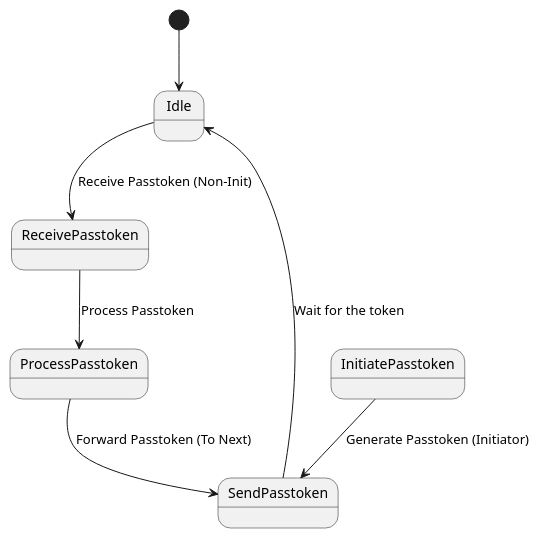
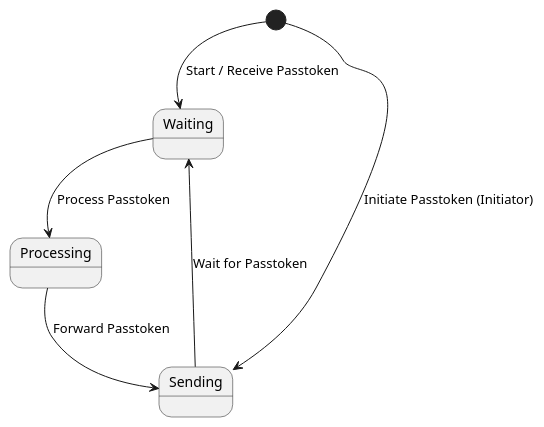
Before and after one commit to beom529/notes: the first of 2 diagrams in Class/CS7610/Lab2 Plant UML.md, drawn with PlantUML.

Commit message:
vault backup: 2024-10-10 21:06:53

```diff
--- a/Class/CS7610/Lab2 Plant UML.md
+++ b/Class/CS7610/Lab2 Plant UML.md
@@ -2,11 +2,10 @@
 @startuml
-[*] --> Idle
+[*] --> Waiting : Start / Receive Passtoken
 
-InitiatePasstoken --> SendPasstoken : Generate Passtoken (Initiator)
+Waiting --> Processing : Process Passtoken
+Processing --> Sending : Forward Passtoken
+Sending --> Waiting : Wait for Passtoken
 
+[*] --> Sending : Initiate Passtoken (Initiator)
 
-Idle --> ReceivePasstoken : Receive Passtoken (Non-Init)
-ReceivePasstoken --> ProcessPasstoken : Process Passtoken
-ProcessPasstoken --> SendPasstoken : Forward Passtoken (To Next)
-SendPasstoken --> Idle : Wait for the token
 @enduml
```
